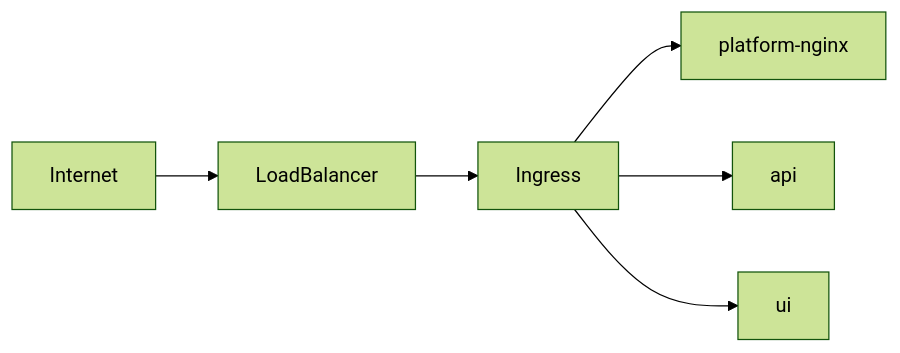
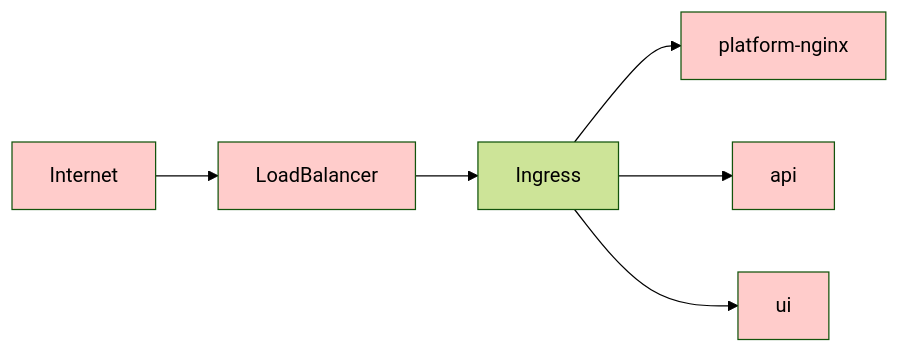
Before and after one commit to wbstack/docs: the first of 2 diagrams in tech/infra.md, drawn with Mermaid (forest theme). The commit also changed other lines of this file and 1 other file, not shown here.

Commit message:
Expand tech docs with more diagrams etc

````diff
--- a/tech/infra.md
+++ b/tech/infra.md
@@ -11,6 +11,7 @@
 ```mermaid
 graph LR
-    Internet-->LoadBalancer-->Ingress-->platform-nginx
-    Ingress-->api
-    Ingress-->ui
+    Internet:::other-->LoadBalancer:::other-->Ingress-->platform-nginx:::other
+    Ingress-->api:::other
+    Ingress-->ui:::other
+    classDef other fill:#ffcccb;
 ```
````
